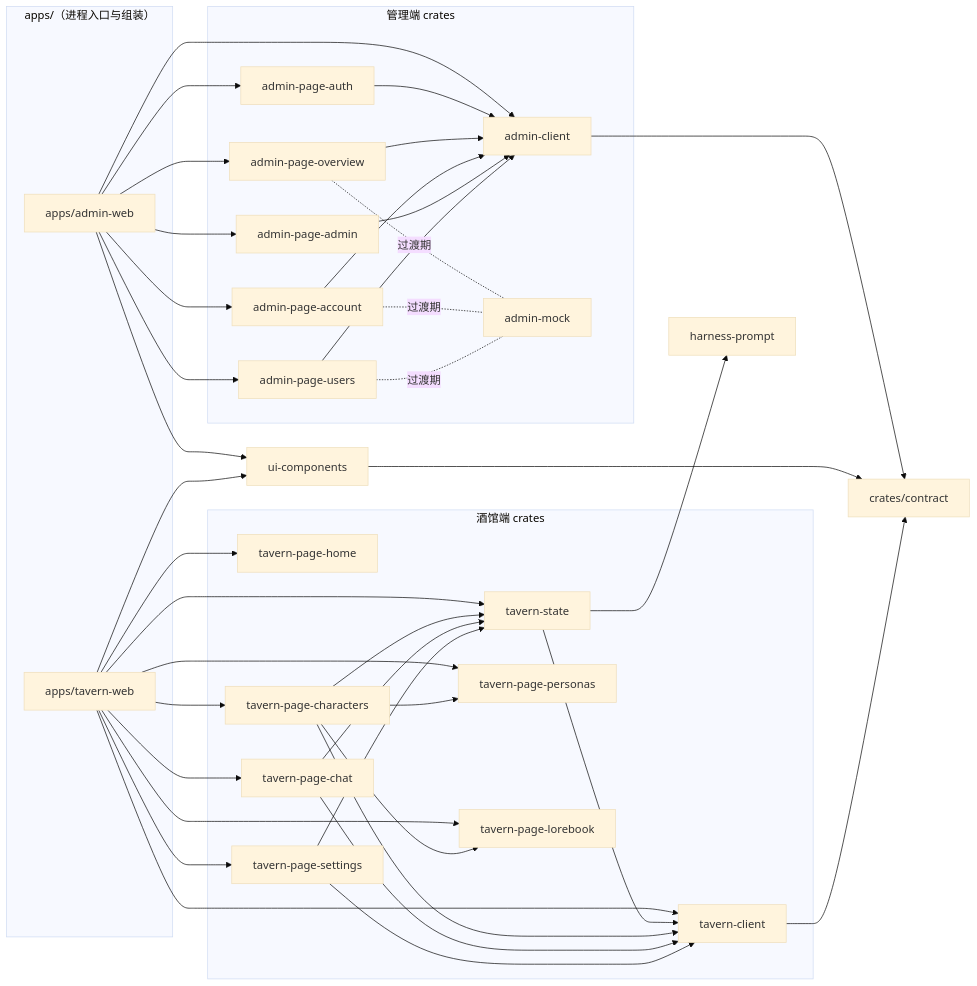
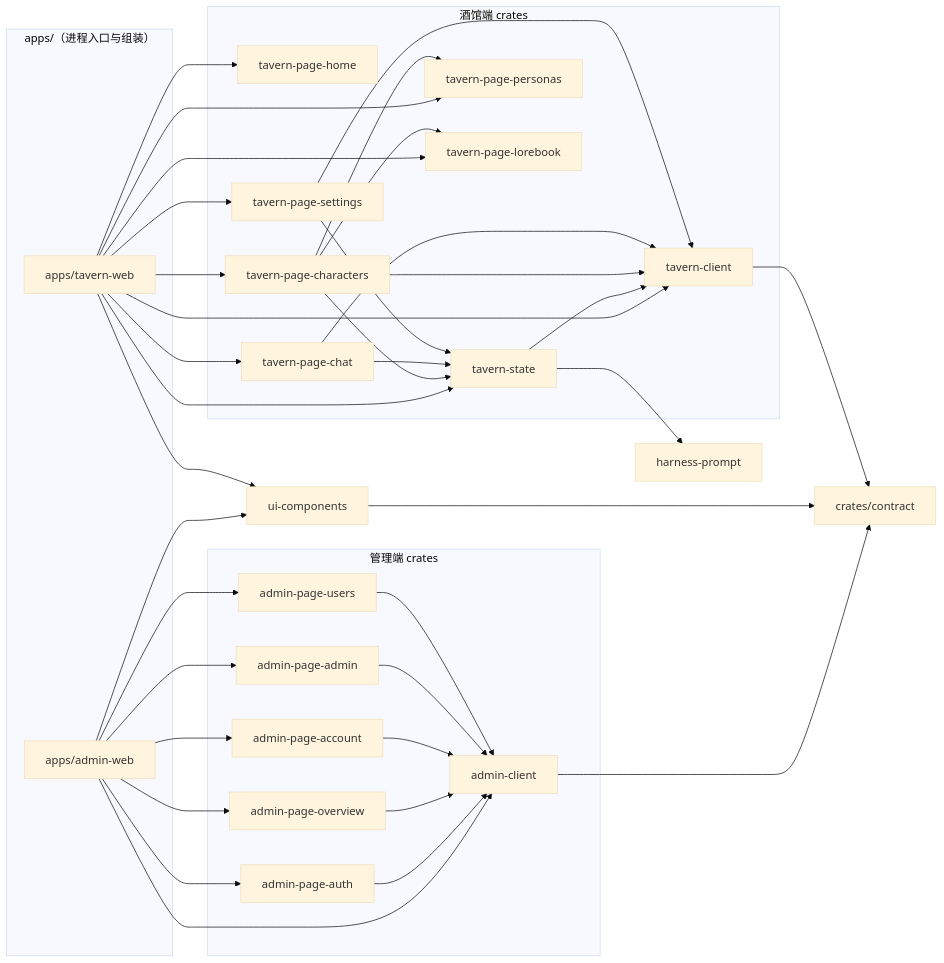
Before and after one commit to NewXapi/ferrite: the diagram in crates/web/README.md, drawn with Mermaid (base theme). The commit also changed other lines of this file and 18 other files, not shown here.

First line of the commit message:
chore(web): remove admin-mock residuals

````diff
--- a/crates/web/README.md
+++ b/crates/web/README.md
@@ -10,39 +10,37 @@
 ```mermaid
 graph LR
     subgraph apps["apps/（进程入口与组装）"]
         AW[apps/admin-web]
         TW[apps/tavern-web]
     end
     subgraph admin["管理端 crates"]
         AC[admin-client]
-        AM[admin-mock]
         PA[admin-page-auth]
         PO[admin-page-overview]
         PAC[admin-page-account]
         PAD[admin-page-admin]
         PU[admin-page-users]
     end
     subgraph tavern["酒馆端 crates"]
         TC[tavern-client]
         TS[tavern-state]
         TH[tavern-page-home]
         PCH[tavern-page-characters]
         PC[tavern-page-chat]
         PP[tavern-page-personas]
         PL[tavern-page-lorebook]
         PS[tavern-page-settings]
     end
     UI[ui-components]
     CT[crates/contract]
     HP[harness-prompt]
 
     AW --> PA & PO & PAC & PAD & PU & AC & UI
     TW --> TH & PCH & PC & PP & PL & PS & TC & TS & UI
     PA & PO & PAC & PAD & PU --> AC --> CT
-    PO & PAC & PU -.过渡期.- AM
     UI --> CT
     TS --> TC --> CT
     TS --> HP
     PCH --> TS & TC & PP & PL
     PC & PS --> TC & TS
 ```
````
